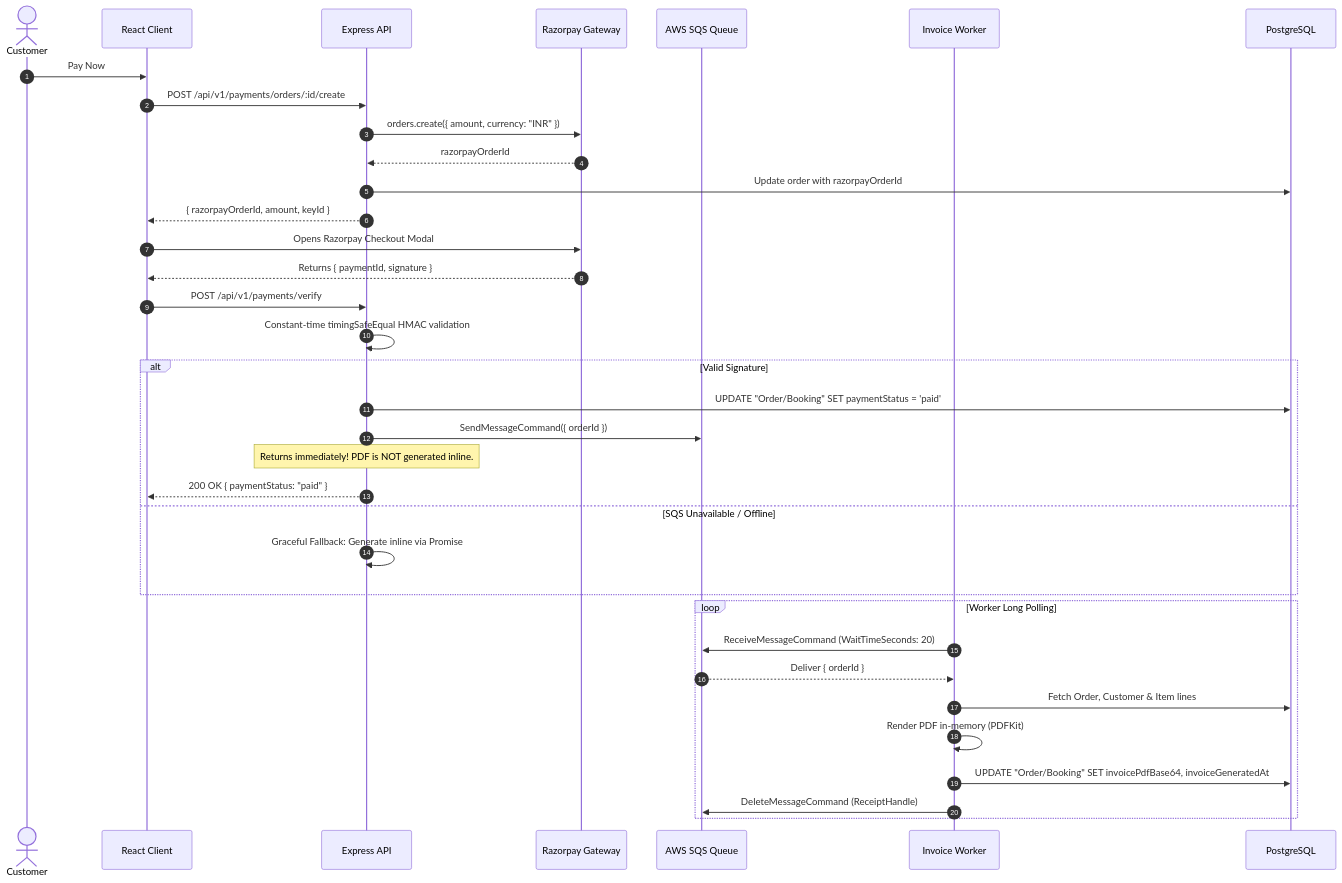
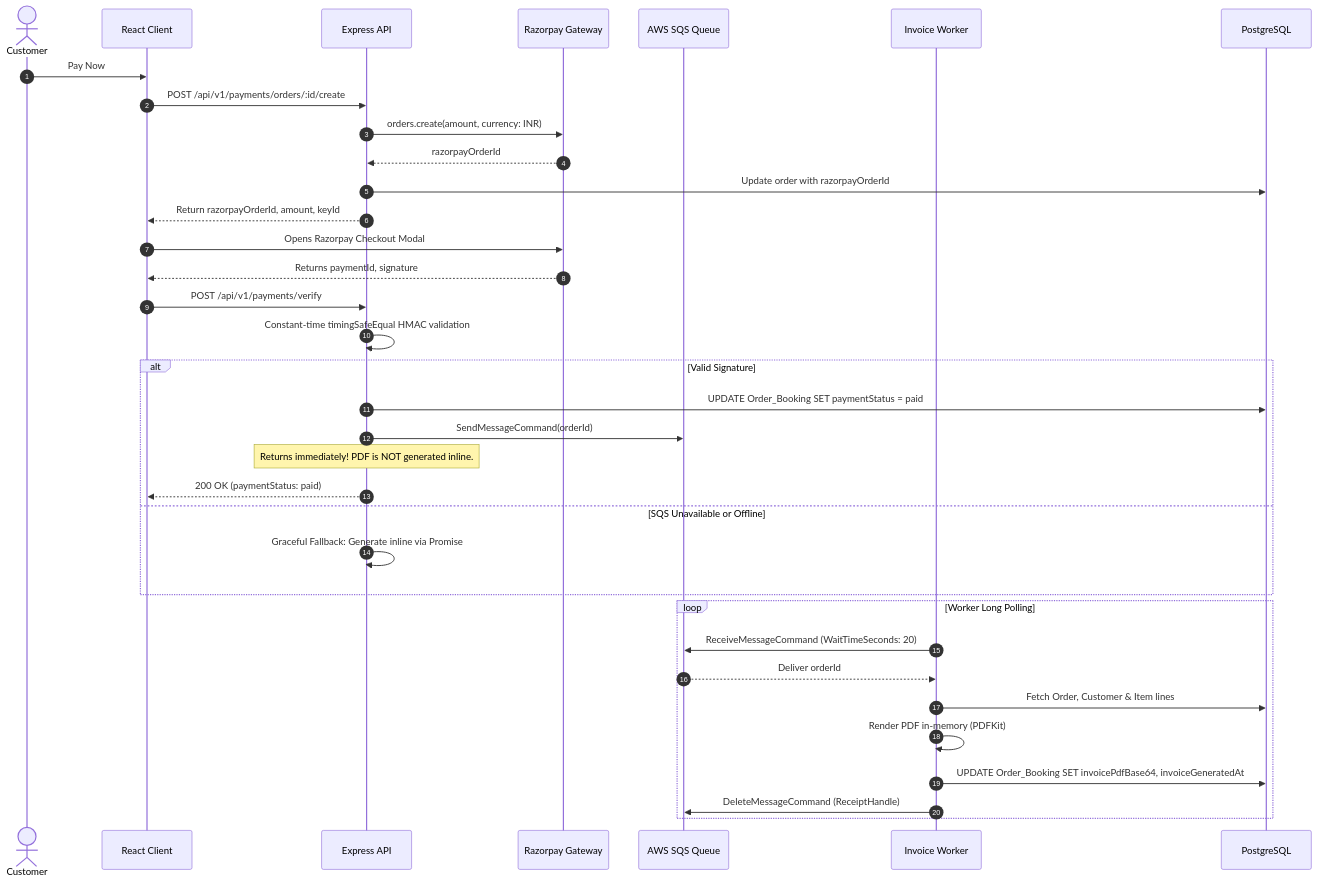
One commit to guddu-debasis/HomeCare changed the second of 4 diagrams in README.md. Above: the diagram before and after it, drawn with Mermaid. The commit also changed other lines of this file, not shown here.

````diff
--- a/README.md
+++ b/README.md
@@ -167,41 +167,41 @@
 ```mermaid
 sequenceDiagram
     autonumber
     actor Customer
     participant Client as React Client
     participant API as Express API
     participant Razorpay as Razorpay Gateway
     participant SQS as AWS SQS Queue
     participant Worker as Invoice Worker
     participant DB as PostgreSQL
 
     Customer->>Client: Pay Now
     Client->>API: POST /api/v1/payments/orders/:id/create
-    API->>Razorpay: orders.create({ amount, currency: "INR" })
+    API->>Razorpay: orders.create(amount, currency: INR)
     Razorpay-->>API: razorpayOrderId
     API->>DB: Update order with razorpayOrderId
-    API-->>Client: { razorpayOrderId, amount, keyId }
+    API-->>Client: Return razorpayOrderId, amount, keyId
 
     Client->>Razorpay: Opens Razorpay Checkout Modal
-    Razorpay-->>Client: Returns { paymentId, signature }
+    Razorpay-->>Client: Returns paymentId, signature
     Client->>API: POST /api/v1/payments/verify
     API->>API: Constant-time timingSafeEqual HMAC validation
 
     alt Valid Signature
-        API->>DB: UPDATE "Order/Booking" SET paymentStatus = 'paid'
-        API->>SQS: SendMessageCommand({ orderId })
+        API->>DB: UPDATE Order_Booking SET paymentStatus = paid
+        API->>SQS: SendMessageCommand(orderId)
         Note over API: Returns immediately! PDF is NOT generated inline.
-        API-->>Client: 200 OK { paymentStatus: "paid" }
-    else SQS Unavailable / Offline
+        API-->>Client: 200 OK (paymentStatus: paid)
+    else SQS Unavailable or Offline
         API->>API: Graceful Fallback: Generate inline via Promise
     end
 
     loop Worker Long Polling
         Worker->>SQS: ReceiveMessageCommand (WaitTimeSeconds: 20)
-        SQS-->>Worker: Deliver { orderId }
+        SQS-->>Worker: Deliver orderId
         Worker->>DB: Fetch Order, Customer & Item lines
         Worker->>Worker: Render PDF in-memory (PDFKit)
-        Worker->>DB: UPDATE "Order/Booking" SET invoicePdfBase64, invoiceGeneratedAt
+        Worker->>DB: UPDATE Order_Booking SET invoicePdfBase64, invoiceGeneratedAt
         Worker->>SQS: DeleteMessageCommand (ReceiptHandle)
     end
 ```
````
